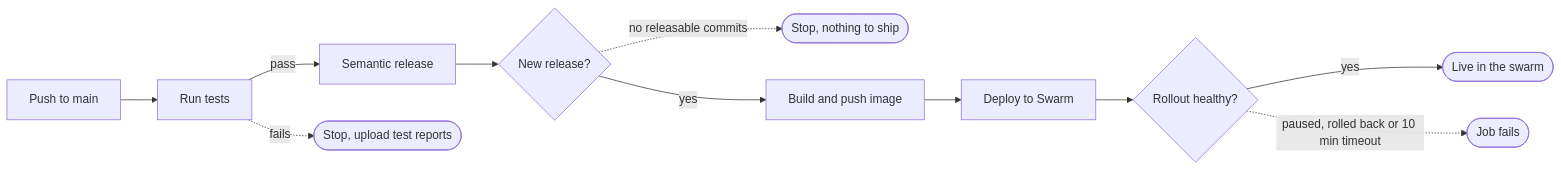
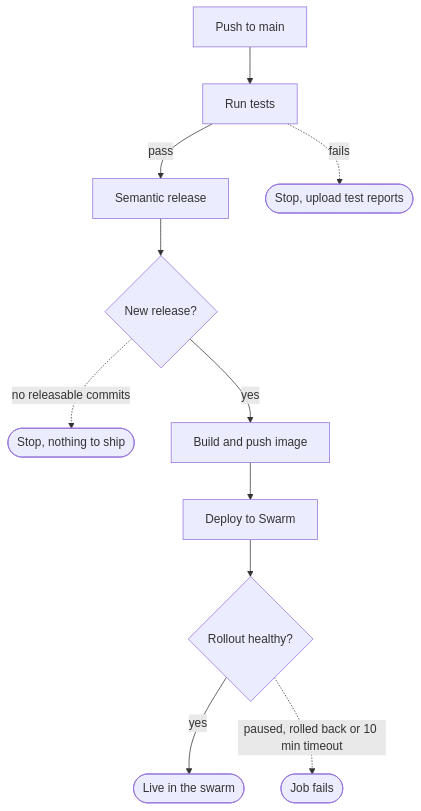
Before and after one commit to ensanguine2279/sctp-aie-m4-assignment-api-users: the diagram in README-deployment.md, drawn with Mermaid. The commit also changed other lines of this file and 1 other file, not shown here.

````diff
--- a/README-deployment.md
+++ b/README-deployment.md
@@ -7,13 +7,13 @@
 ```mermaid
-flowchart LR
+flowchart TD
     push[Push to main] --> test[Run tests]
     test -- pass --> release[Semantic release]
     test -. fails .-> stop1([Stop, upload test reports])
     release --> newrel{New release?}
     newrel -. no releasable commits .-> stop2([Stop, nothing to ship])
     newrel -- yes --> build[Build and push image]
     build --> deploy[Deploy to Swarm]
     deploy --> rollout{Rollout healthy?}
     rollout -- yes --> live([Live in the swarm])
     rollout -. paused, rolled back or 10 min timeout .-> fail([Job fails])
 ```
````
